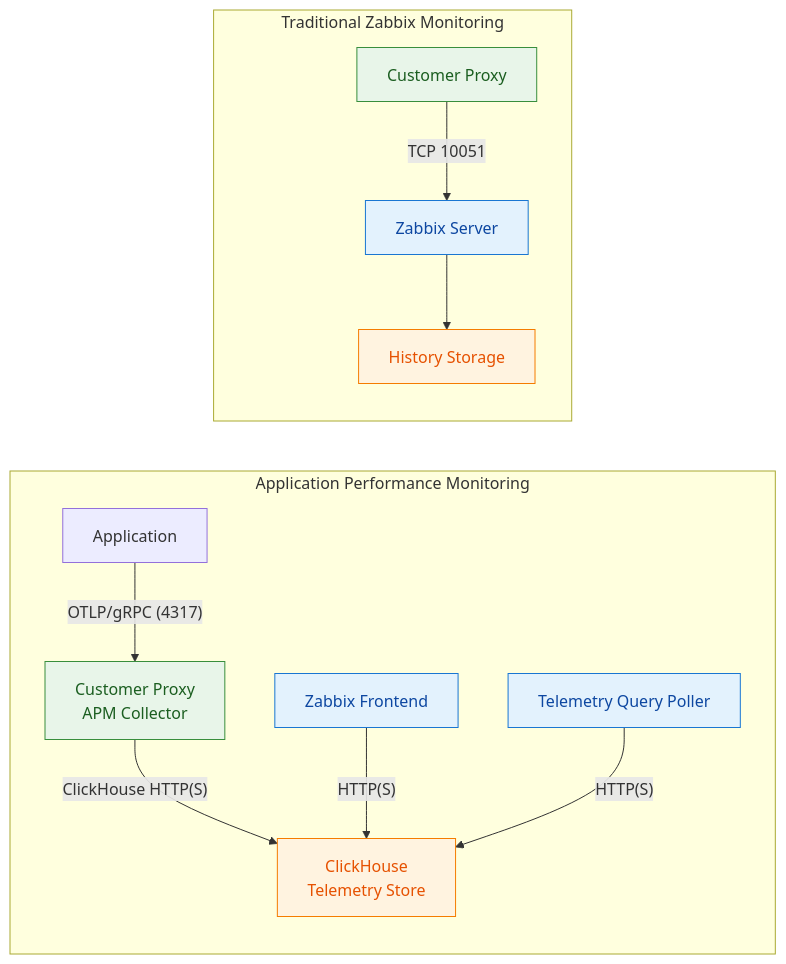
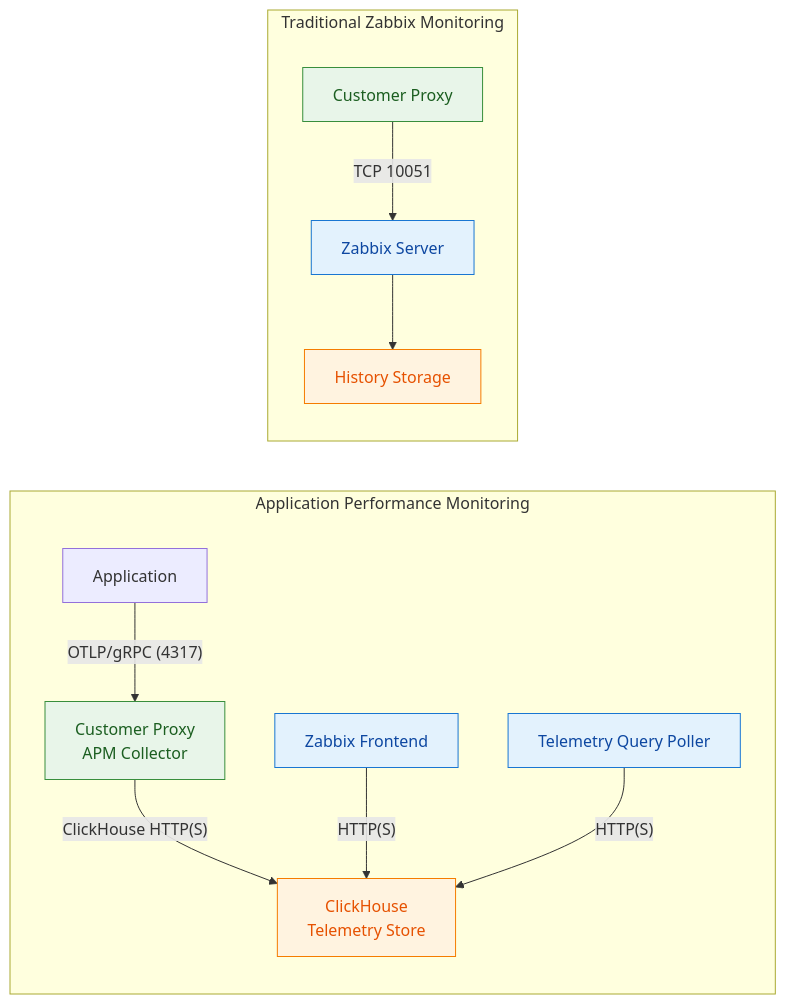
One commit to penmasters/zabbix-book changed the second of 3 diagrams in docs/ch04-zabbix-collecting-data/telemetry.md. Above: the diagram before and after it, drawn with Mermaid. The commit also changed other lines of this file and 1 other file, not shown here.

````diff
--- a/docs/ch04-zabbix-collecting-data/telemetry.md
+++ b/docs/ch04-zabbix-collecting-data/telemetry.md
@@ -104,38 +127,34 @@
-``` mermaid
+```mermaid
+%%{init: {"flowchart": {"subGraphTitleMargin": {"top": 0, "bottom": 20}}}}%%
 flowchart TB
     subgraph Traditional["Traditional Zabbix Monitoring"]
         direction TB
-        SPACE1[" "]:::spacer
         P1["Customer Proxy"]
         S["Zabbix Server"]
         DB["History Storage"]
-
         P1 -->|"TCP 10051"| S
         S --> DB
     end
 
     subgraph APM["Application Performance Monitoring"]
         direction TB
         APP["Application"]
         P2["Customer Proxy<br/>APM Collector"]
         CH["ClickHouse<br/>Telemetry Store"]
         UI["Zabbix Frontend"]
         Q["Telemetry Query Poller"]
-
         APP -->|"OTLP/gRPC (4317)"| P2
         P2 -->|"ClickHouse HTTP(S)"| CH
         UI -->|"HTTP(S)"| CH
         Q -->|"HTTP(S)"| CH
     end
 
     Traditional ~~~ APM
-
     classDef spacer fill:transparent,stroke:transparent,color:transparent,stroke-width:0px
     classDef proxy fill:#e8f5e9,stroke:#388e3c,color:#1b5e20
     classDef storage fill:#fff3e0,stroke:#f57c00,color:#e65100
     classDef server fill:#e3f2fd,stroke:#1976d2,color:#0d47a1
-
     class P1,P2 proxy
     class DB,CH storage
     class S,UI,Q server
 ```
````
